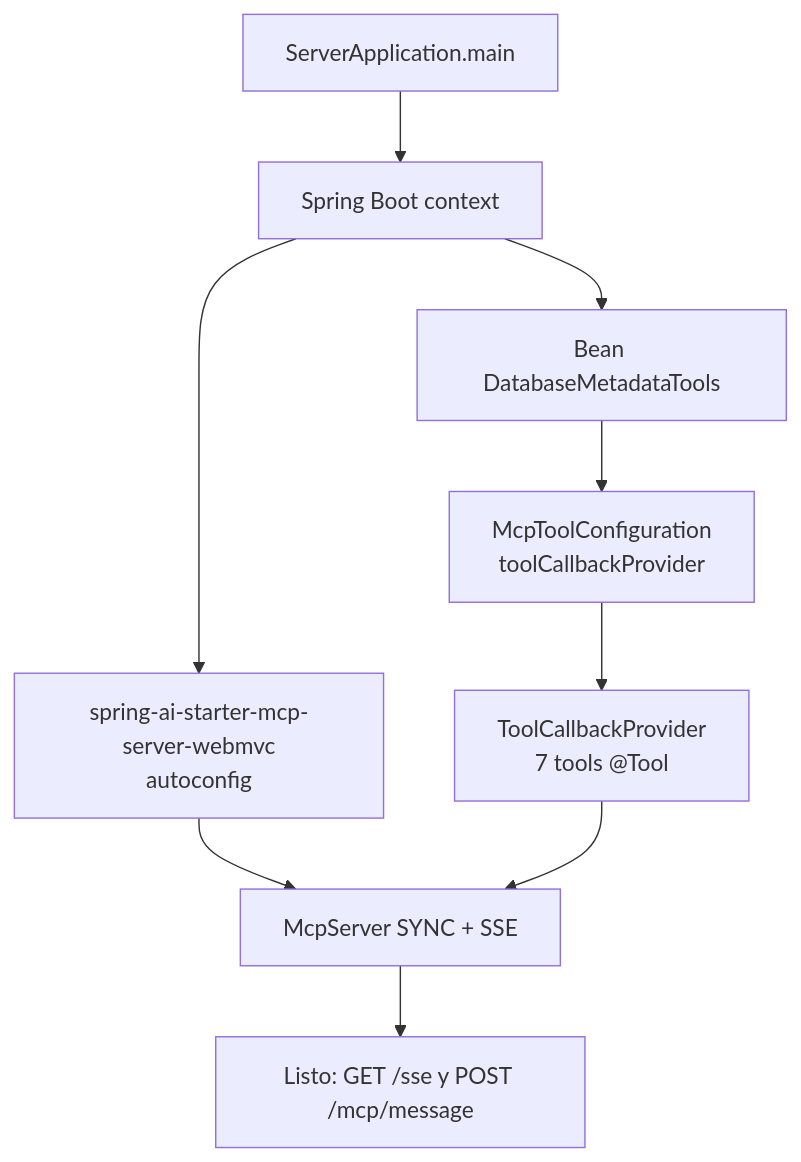
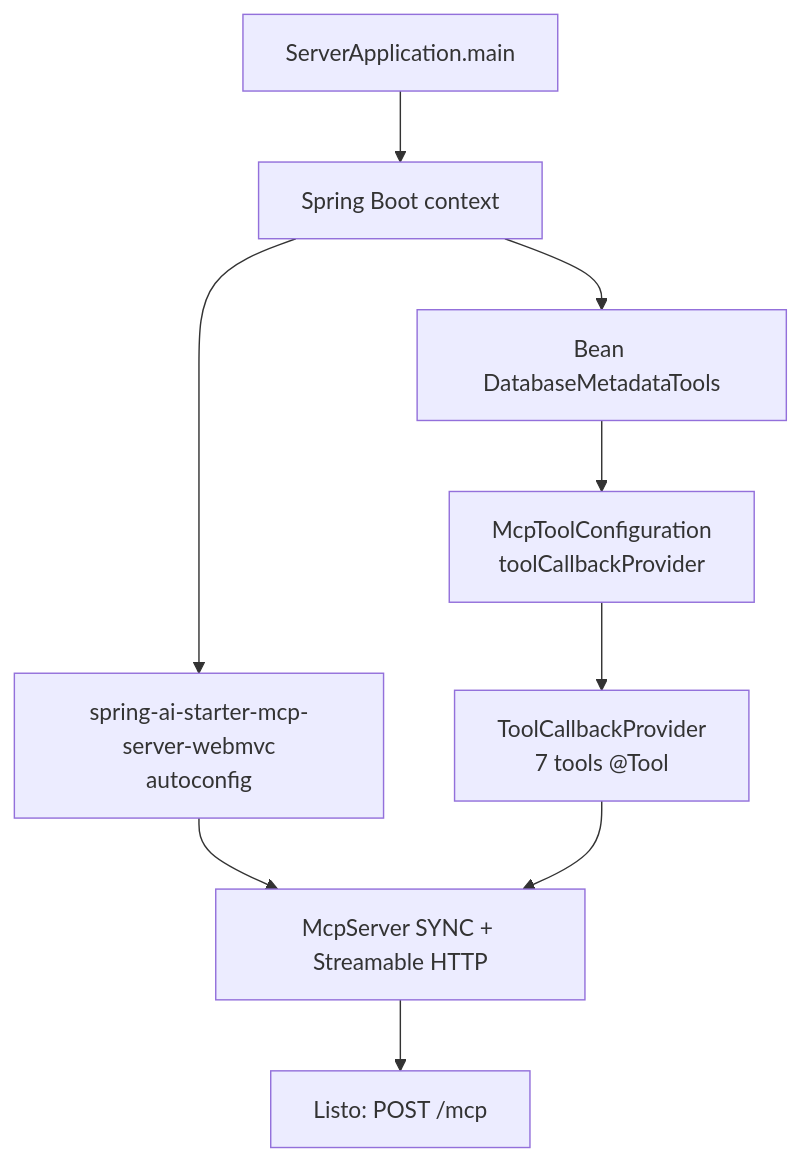
The first of 2 diagrams in server/README.md (Gianni-Nicolas/MCP-capsule), drawn with Mermaid before and after one commit. The commit also changed other lines of this file and 5 other files, not shown here.

Commit message:
refactor(mcp): migrate transport from HTTP+SSE to Streamable HTTP (Spring AI 2.0.1)

````diff
--- a/server/README.md
+++ b/server/README.md
@@ -75,11 +77,11 @@
 ```mermaid
 flowchart TD
     A[ServerApplication.main] --> B[Spring Boot context]
     B --> C[spring-ai-starter-mcp-server-webmvc<br/>autoconfig]
     B --> D[Bean DatabaseMetadataTools]
     D --> E[McpToolConfiguration<br/>toolCallbackProvider]
     E --> F[ToolCallbackProvider<br/>7 tools @Tool]
-    C --> G[McpServer SYNC + SSE]
+    C --> G[McpServer SYNC + Streamable HTTP]
     F --> G
-    G --> H[Listo: GET /sse y POST /mcp/message]
+    G --> H[Listo: POST /mcp]
 ```
````
